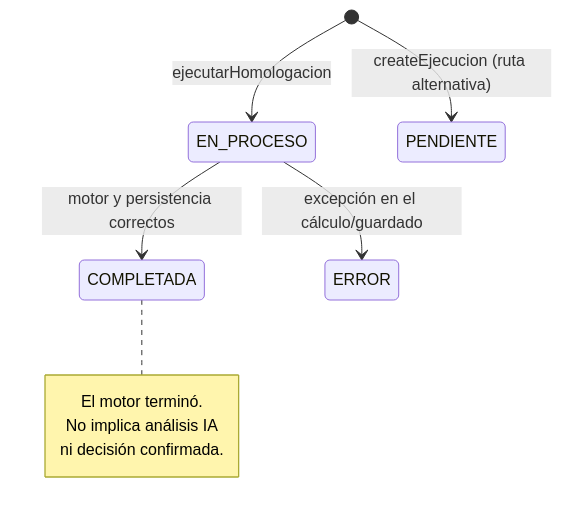
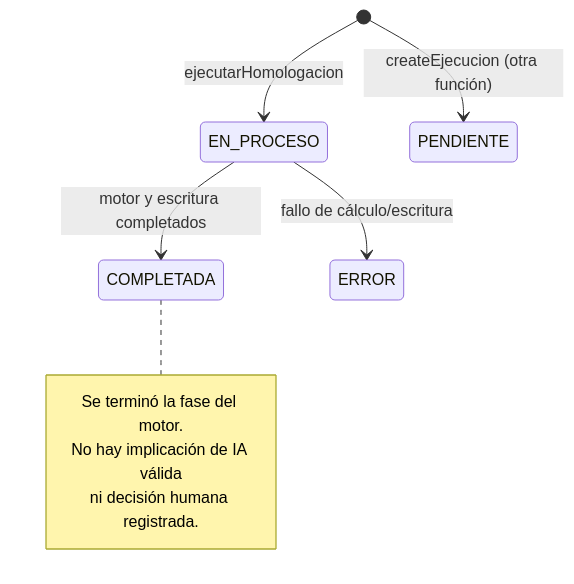
One commit to NicoCG32/Espejo-Homologa changed the third of 4 diagrams in docs/tecnica/05-flujos-y-estados.md. Above: the diagram before and after it, drawn with Mermaid. The commit also changed other lines of this file and 21 other files, not shown here.

````diff
--- a/docs/tecnica/05-flujos-y-estados.md
+++ b/docs/tecnica/05-flujos-y-estados.md
@@ -80,12 +80,12 @@
 ```mermaid
 stateDiagram-v2
   [*] --> EN_PROCESO: ejecutarHomologacion
-  [*] --> PENDIENTE: createEjecucion (ruta alternativa)
-  EN_PROCESO --> COMPLETADA: motor y persistencia correctos
-  EN_PROCESO --> ERROR: excepción en el cálculo/guardado
+  EN_PROCESO --> COMPLETADA: motor y escritura completados
+  EN_PROCESO --> ERROR: fallo de cálculo/escritura
+  [*] --> PENDIENTE: createEjecucion (otra función)
   note right of COMPLETADA
-    El motor terminó.
-    No implica análisis IA
-    ni decisión confirmada.
+    Se terminó la fase del motor.
+    No hay implicación de IA válida
+    ni decisión humana registrada.
   end note
 ```
````
